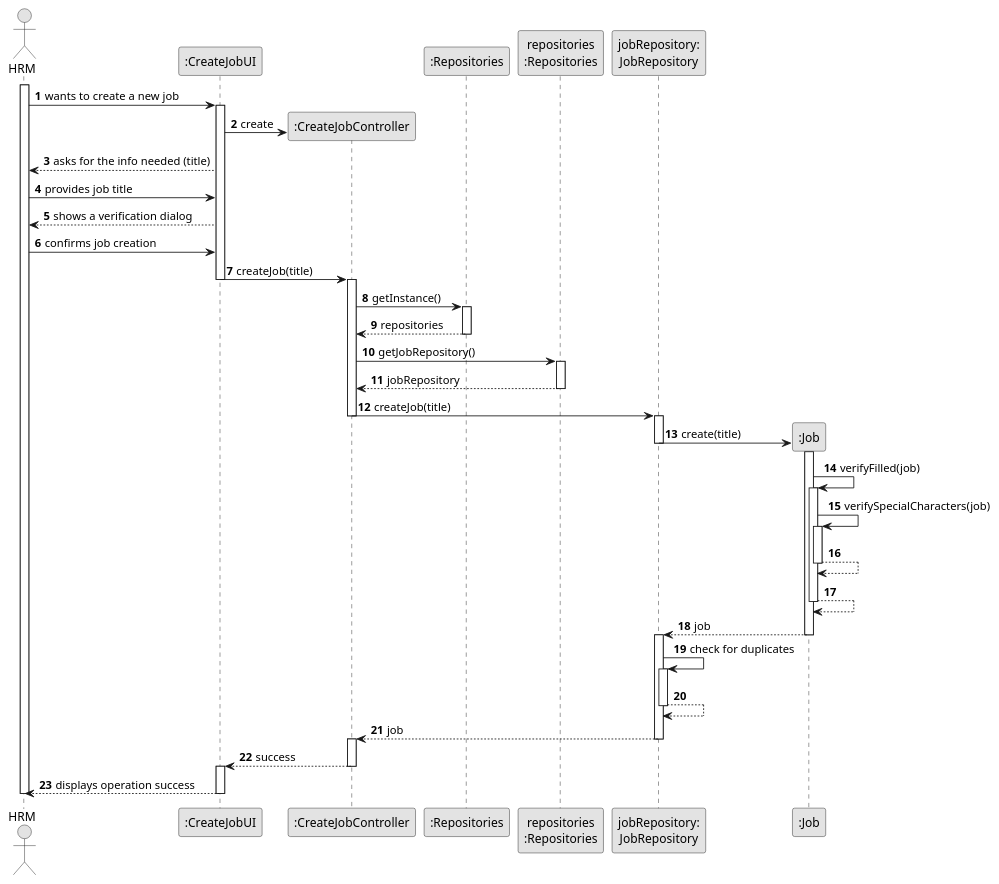
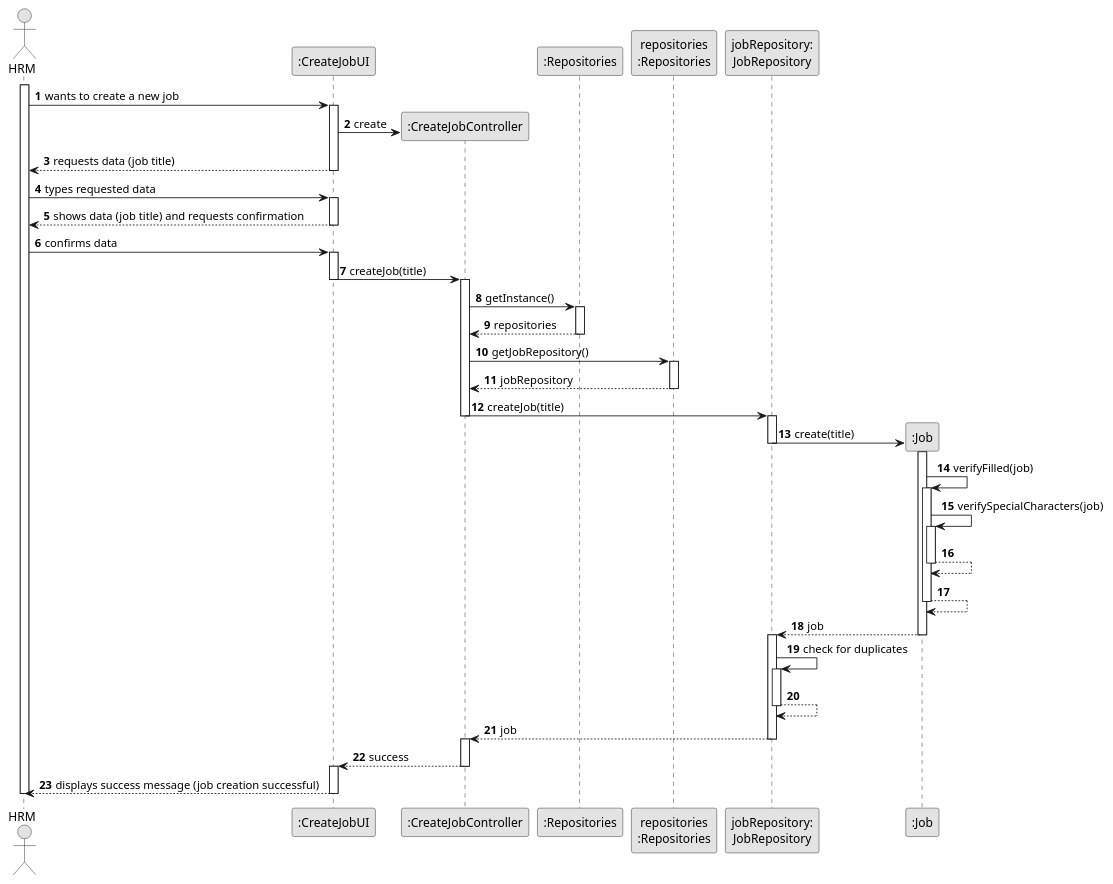
One commit to ricardomm7/leaflink changed the diagram in docs/sprintB/us002/03.design/puml/us002-sequence-diagram-full.puml. Above: the diagram before and after it, drawn with PlantUML. The commit also changed 5 other files, not shown here.

```diff
--- a/docs/sprintB/us002/03.design/puml/us002-sequence-diagram-full.puml
+++ b/docs/sprintB/us002/03.design/puml/us002-sequence-diagram-full.puml
@@ -1,85 +1,89 @@
 @startuml
 skinparam monochrome true
 skinparam packageStyle rectangle
 skinparam shadowing false
 
 autonumber
 
 'hide footbox
 actor "HRM" as Employee
 participant ":CreateJobUI" as UI
 participant ":CreateJobController" as CTRL
 participant ":Repositories" as GlobRepo
 participant "repositories\n:Repositories" as PLAT
 participant "jobRepository:\nJobRepository" as jobRepository
 participant ":Job" as Job
 
 activate Employee
 
 Employee -> UI : wants to create a new job
 activate UI
 
 UI -> CTRL** : create
 
-UI --> Employee : asks for the info needed (title)
+UI --> Employee : requests data (job title)
+deactivate UI
 
-Employee -> UI : provides job title
+Employee -> UI : types requested data
+activate UI
 
-UI --> Employee : shows a verification dialog
+UI --> Employee : shows data (job title) and requests confirmation
+deactivate UI
 
-Employee -> UI : confirms job creation
+Employee -> UI : confirms data
+activate UI
 
 UI -> CTRL : createJob(title)
 deactivate UI
 activate CTRL
 CTRL -> GlobRepo : getInstance()
 activate GlobRepo
 GlobRepo --> CTRL : repositories
 deactivate GlobRepo
 
 CTRL -> PLAT : getJobRepository()
 activate PLAT
 PLAT -->  CTRL: jobRepository
 deactivate PLAT
 
 CTRL -> jobRepository : createJob(title)
 deactivate CTRL
 activate jobRepository
 
     jobRepository -> Job** : create(title)
     deactivate jobRepository
 
         activate Job
 
     Job -> Job : verifyFilled(job)
         activate Job
         Job -> Job : verifySpecialCharacters(job)
         activate Job
         Job --> Job
         deactivate Job
     Job --> Job
     deactivate Job
     'Job -> Job : addJob(job)
     Job --> jobRepository : job
     deactivate Job
     activate jobRepository
 
     jobRepository -> jobRepository : check for duplicates
     activate jobRepository
     jobRepository --> jobRepository
     deactivate jobRepository
     deactivate Job
 jobRepository --> CTRL : job
 deactivate jobRepository
 activate CTRL
 deactivate jobRepository
 
 CTRL --> UI : success
 deactivate CTRL
 activate UI
-UI --> Employee : displays operation success
+UI --> Employee : displays success message (job creation successful)
 
 deactivate UI
 deactivate Employee
 
 @enduml
```
